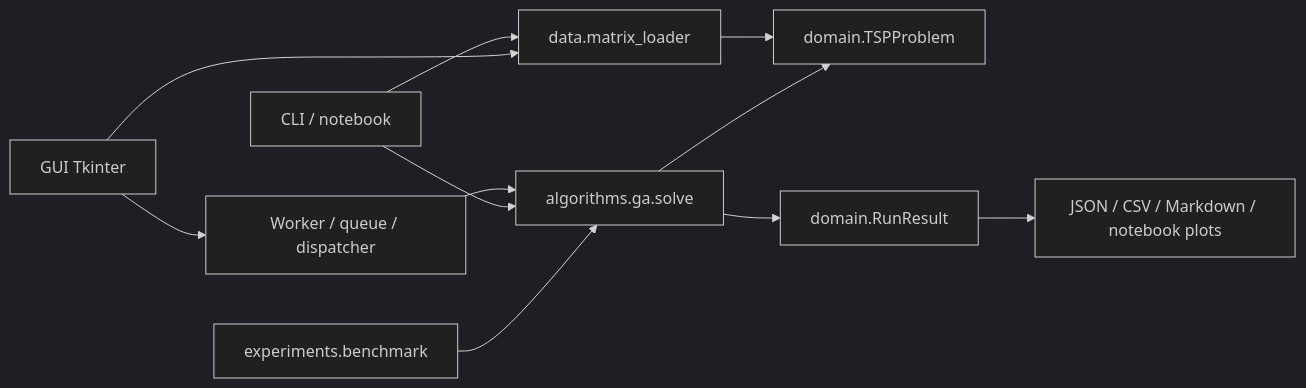
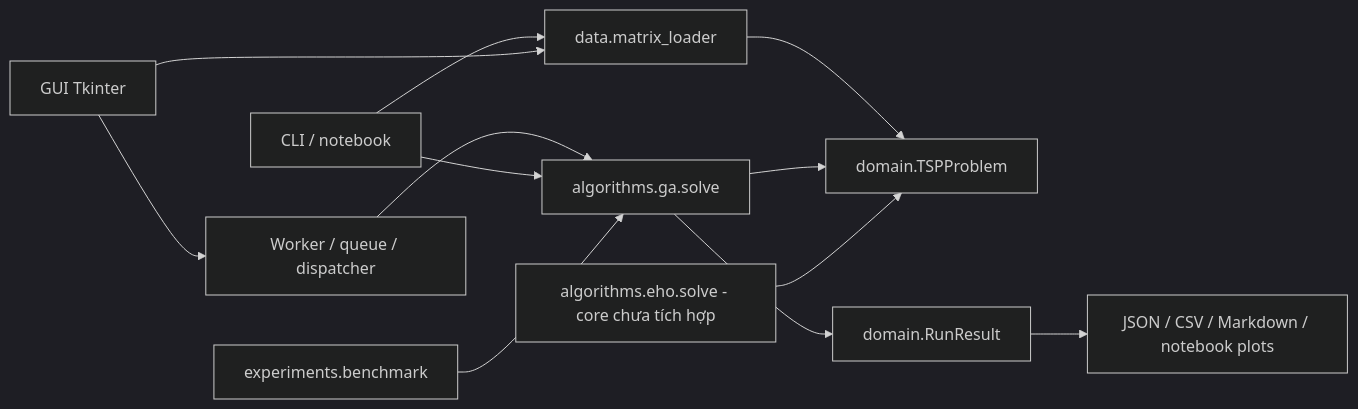
Before and after one commit to datweb07/ga-eho-tsp: the diagram in docs/architecture.md, drawn with Mermaid (dark theme). The commit also changed other lines of this file and 2 other files, not shown here.

Commit message:
docs(eho): add discrete permutation TSP design and update handoff docs

````diff
--- a/docs/architecture.md
+++ b/docs/architecture.md
@@ -7,13 +7,14 @@
 ```mermaid
 flowchart LR
     CLI[CLI / notebook] --> Loader[data.matrix_loader]
     GUI[GUI Tkinter] --> Controller[Worker / queue / dispatcher]
     GUI --> Loader
-    Controller --> Solver
+    Controller --> GASolver[algorithms.ga.solve]
     Loader --> Problem[domain.TSPProblem]
-    CLI --> Solver[algorithms.ga.solve]
-    Solver --> Problem
-    Solver --> Result[domain.RunResult]
-    Bench[experiments.benchmark] --> Solver
+    CLI --> GASolver
+    Bench[experiments.benchmark] --> GASolver
+    GASolver --> Problem
+    GASolver --> Result[domain.RunResult]
+    EHOCore[algorithms.eho.solve - core chưa tích hợp] --> Problem
     Result --> Export[JSON / CSV / Markdown / notebook plots]
 ```
````
